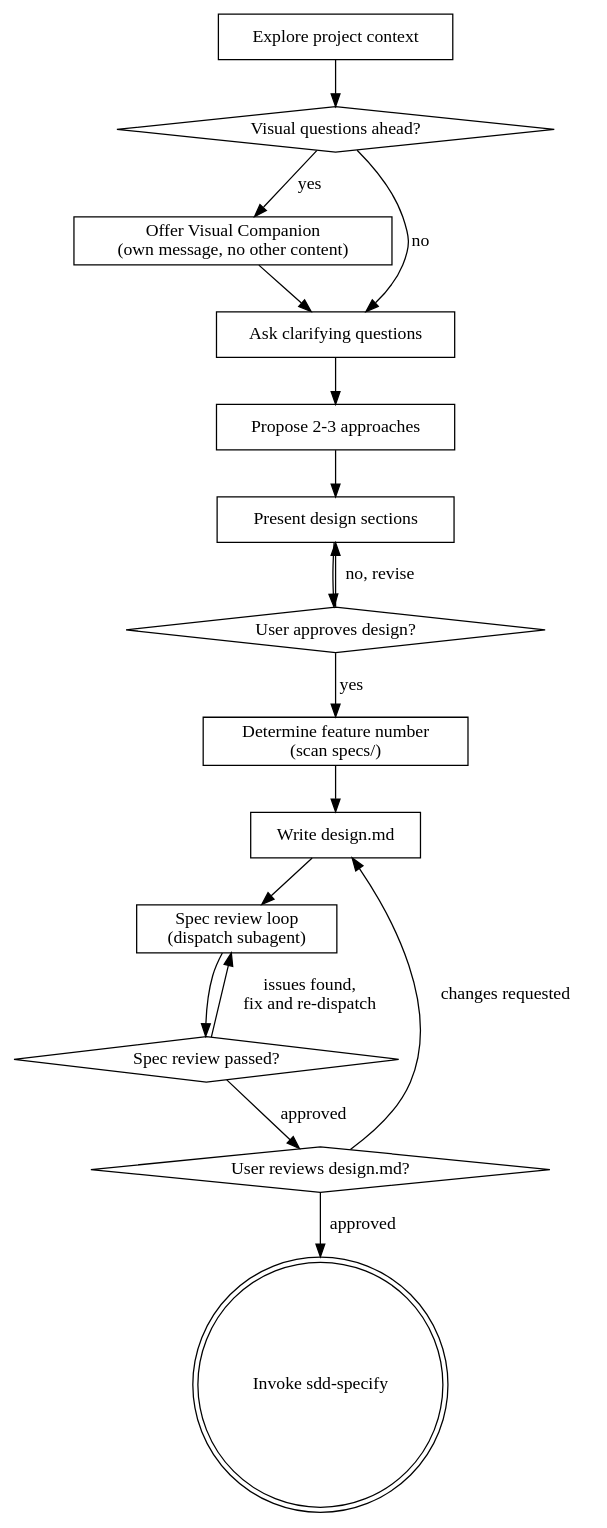
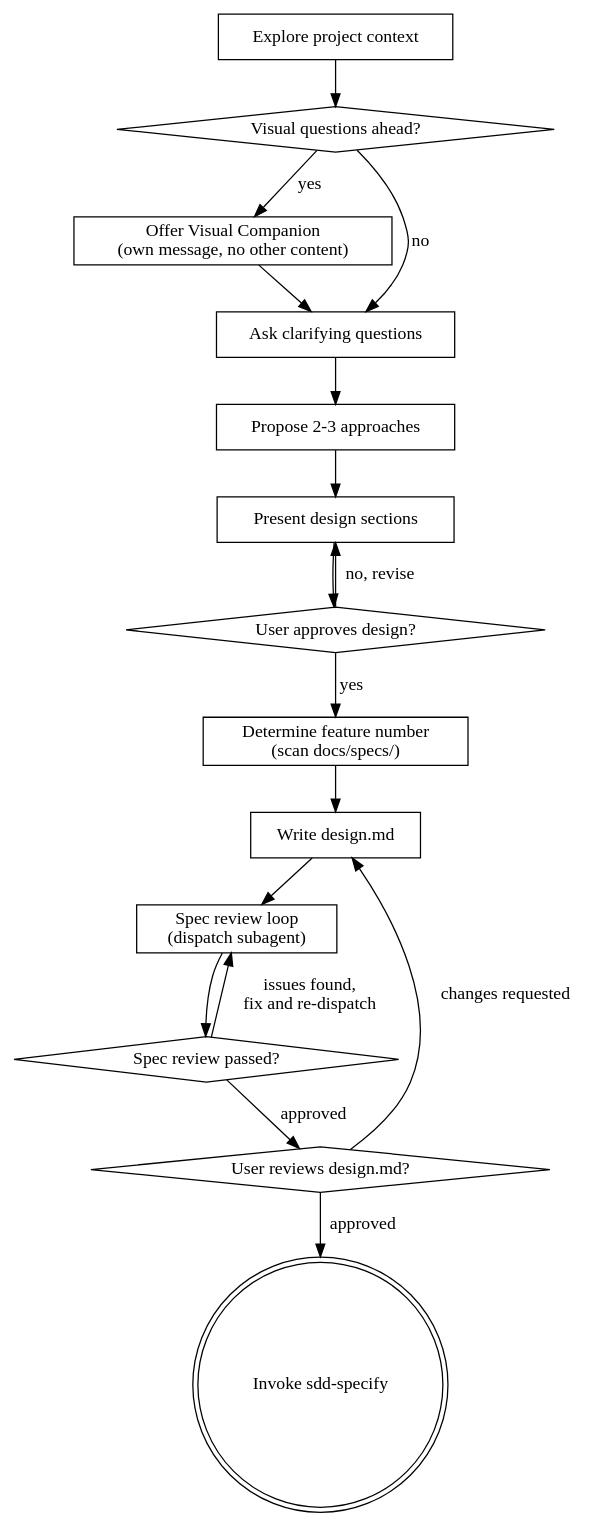
Before and after one commit to hllj/sdd-superpowers: the diagram in skills/sdd-brainstorm/SKILL.md, drawn with Graphviz. The commit also changed other lines of this file and 21 other files, not shown here.

````diff
--- a/skills/sdd-brainstorm/SKILL.md
+++ b/skills/sdd-brainstorm/SKILL.md
@@ -41,34 +41,34 @@
 ```dot
 digraph sdd_brainstorm {
     "Explore project context" [shape=box];
     "Visual questions ahead?" [shape=diamond];
     "Offer Visual Companion\n(own message, no other content)" [shape=box];
     "Ask clarifying questions" [shape=box];
     "Propose 2-3 approaches" [shape=box];
     "Present design sections" [shape=box];
     "User approves design?" [shape=diamond];
-    "Determine feature number\n(scan specs/)" [shape=box];
+    "Determine feature number\n(scan docs/specs/)" [shape=box];
     "Write design.md" [shape=box];
     "Spec review loop\n(dispatch subagent)" [shape=box];
     "Spec review passed?" [shape=diamond];
     "User reviews design.md?" [shape=diamond];
     "Invoke sdd-specify" [shape=doublecircle];
 
     "Explore project context" -> "Visual questions ahead?";
     "Visual questions ahead?" -> "Offer Visual Companion\n(own message, no other content)" [label="yes"];
     "Visual questions ahead?" -> "Ask clarifying questions" [label="no"];
     "Offer Visual Companion\n(own message, no other content)" -> "Ask clarifying questions";
     "Ask clarifying questions" -> "Propose 2-3 approaches";
     "Propose 2-3 approaches" -> "Present design sections";
     "Present design sections" -> "User approves design?" ;
     "User approves design?" -> "Present design sections" [label="no, revise"];
-    "User approves design?" -> "Determine feature number\n(scan specs/)" [label="yes"];
-    "Determine feature number\n(scan specs/)" -> "Write design.md";
+    "User approves design?" -> "Determine feature number\n(scan docs/specs/)" [label="yes"];
+    "Determine feature number\n(scan docs/specs/)" -> "Write design.md";
     "Write design.md" -> "Spec review loop\n(dispatch subagent)";
     "Spec review loop\n(dispatch subagent)" -> "Spec review passed?";
     "Spec review passed?" -> "Spec review loop\n(dispatch subagent)" [label="issues found,\nfix and re-dispatch"];
     "Spec review passed?" -> "User reviews design.md?" [label="approved"];
     "User reviews design.md?" -> "Write design.md" [label="changes requested"];
     "User reviews design.md?" -> "Invoke sdd-specify" [label="approved"];
 }
 ```
````
